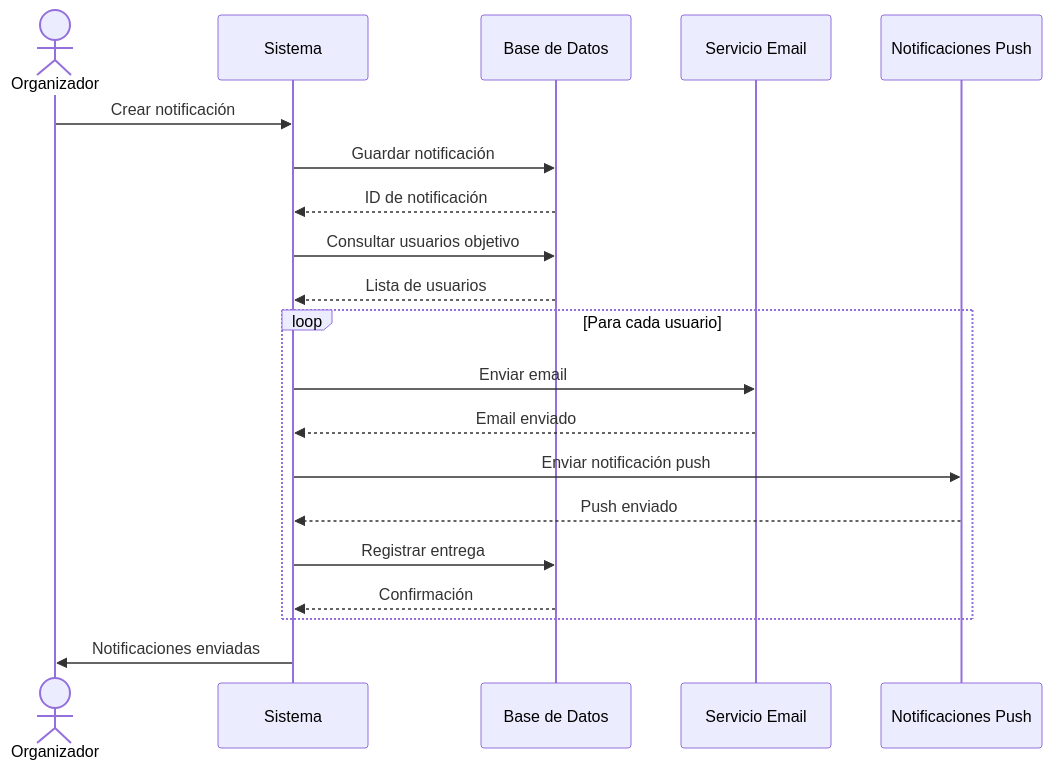
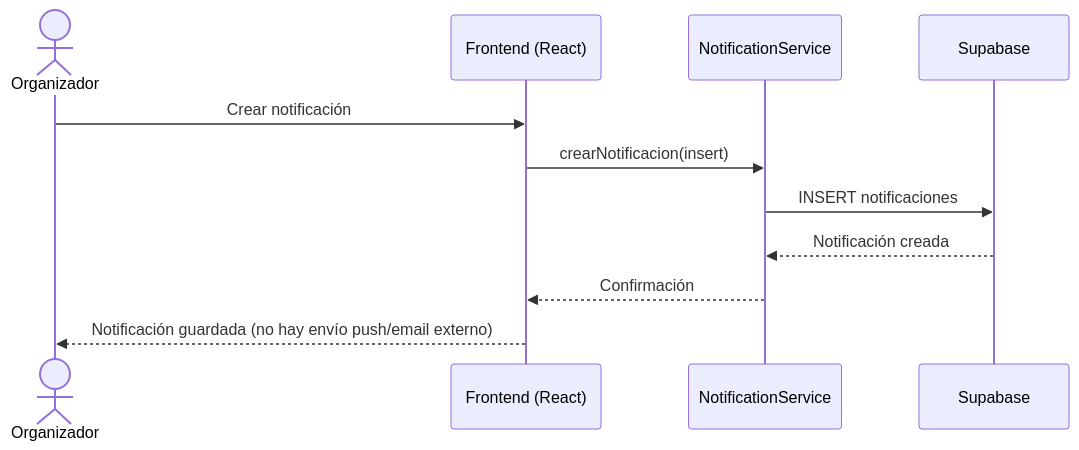
Before and after one commit to Deibyd07/Gestion-de-Eventos: diagram 16 of 33 in Documentacion/Diagramas/Diagrama_Secuencias.md, drawn with Mermaid. The commit also changed other lines of this file, not shown here.

Commit message:
Update sequence diagrams to reflect actual implementation

````diff
--- a/Documentacion/Diagramas/Diagrama_Secuencias.md
+++ b/Documentacion/Diagramas/Diagrama_Secuencias.md
@@ -358,23 +312,14 @@
 ```mermaid
 sequenceDiagram
     actor Organizador
-    participant Sistema
-    participant BD as Base de Datos
-    participant Email as Servicio Email
-    participant Push as Notificaciones Push
-    
-    Organizador->>Sistema: Crear notificación
-    Sistema->>BD: Guardar notificación
-    BD-->>Sistema: ID de notificación
-    Sistema->>BD: Consultar usuarios objetivo
-    BD-->>Sistema: Lista de usuarios
-    loop Para cada usuario
-        Sistema->>Email: Enviar email
-        Email-->>Sistema: Email enviado
-        Sistema->>Push: Enviar notificación push
-        Push-->>Sistema: Push enviado
-        Sistema->>BD: Registrar entrega
-        BD-->>Sistema: Confirmación
-    end
-    Sistema->>Organizador: Notificaciones enviadas
+    participant App as Frontend (React)
+    participant Notif as NotificationService
+    participant BD as Supabase
+
+    Organizador->>App: Crear notificación
+    App->>Notif: crearNotificacion(insert)
+    Notif->>BD: INSERT notificaciones
+    BD-->>Notif: Notificación creada
+    Notif-->>App: Confirmación
+    App-->>Organizador: Notificación guardada (no hay envío push/email externo)
 ```
````
